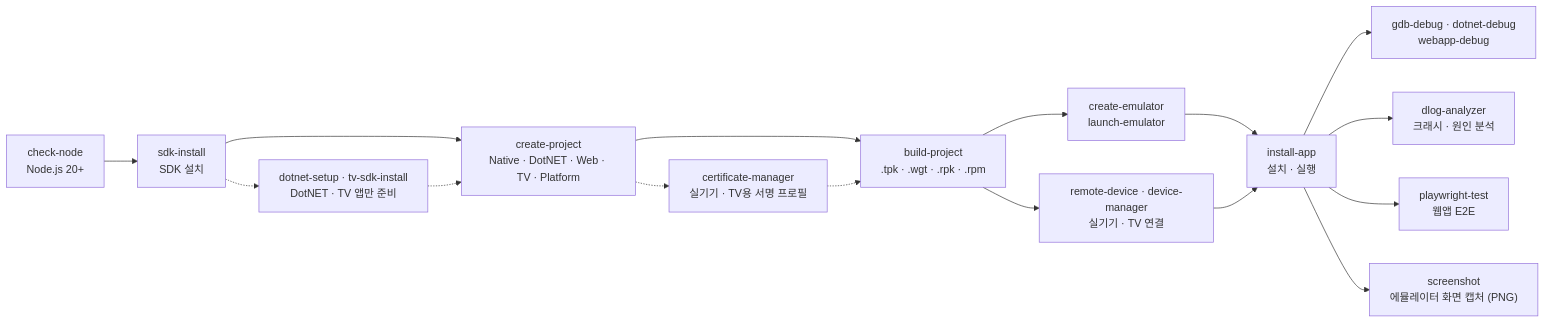
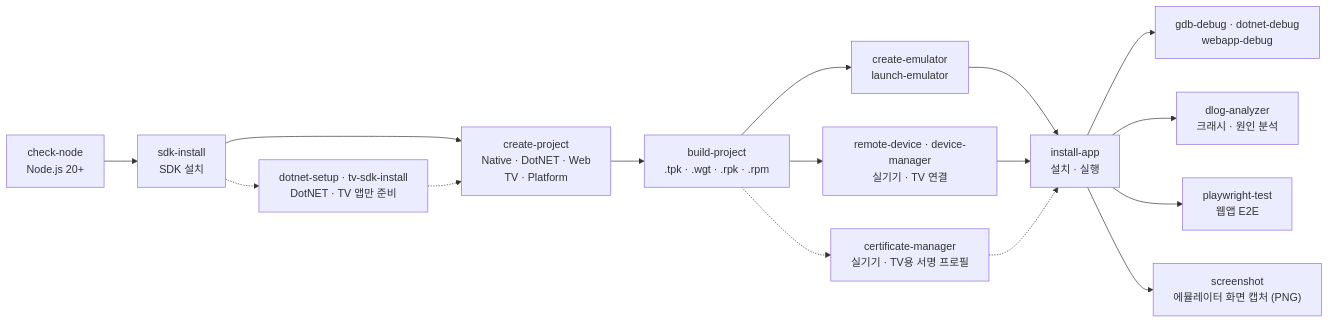
Before and after one commit to Samsung/tizen-agent-skills: the second of 2 diagrams in tizen-sdk-skills/quick-guide.ko.md, drawn with Mermaid. The commit also changed other lines of this file and 1 other file, not shown here.

Commit message:
docs(tizen-sdk-skills): fix quick guide diagram labels and signing step
Long node labels were cut off in Mermaid renderers (VS Code preview), so
split the AI host, setup script, create-project, Standard JSON Envelope
and certificate-manager labels over two lines.

List the SDK tools as tz, sdb, emulator, rootstrap, toolchain and
debugger, and draw the optional certificate-manager step between
build-project and install-app.

````diff
--- a/tizen-sdk-skills/quick-guide.ko.md
+++ b/tizen-sdk-skills/quick-guide.ko.md
@@ -66,18 +66,18 @@
 ```mermaid
 flowchart LR
     A["check-node<br/>Node.js 20+"] --> B["sdk-install<br/>SDK 설치"]
-    B --> D["create-project<br/>Native · DotNET · Web · TV · Platform"]
+    B --> D["create-project<br/>Native · DotNET · Web<br/>TV · Platform"]
     B -.-> P["dotnet-setup · tv-sdk-install<br/>DotNET · TV 앱만 준비"]
     P -.-> D
     D --> E["build-project<br/>.tpk · .wgt · .rpk · .rpm"]
-    D -.-> K["certificate-manager<br/>실기기 · TV용 서명 프로필"]
-    K -.-> E
     E --> F["create-emulator<br/>launch-emulator"]
     E --> R["remote-device · device-manager<br/>실기기 · TV 연결"]
+    E -.-> K["certificate-manager<br/>실기기 · TV용 서명 프로필"]
     F --> G["install-app<br/>설치 · 실행"]
     R --> G
+    K -.-> G
     G --> H["gdb-debug · dotnet-debug<br/>webapp-debug"]
     G --> I["dlog-analyzer<br/>크래시 · 원인 분석"]
     G --> J["playwright-test<br/>웹앱 E2E"]
     G --> S["screenshot<br/>에뮬레이터 화면 캡처 (PNG)"]
 ```
````
